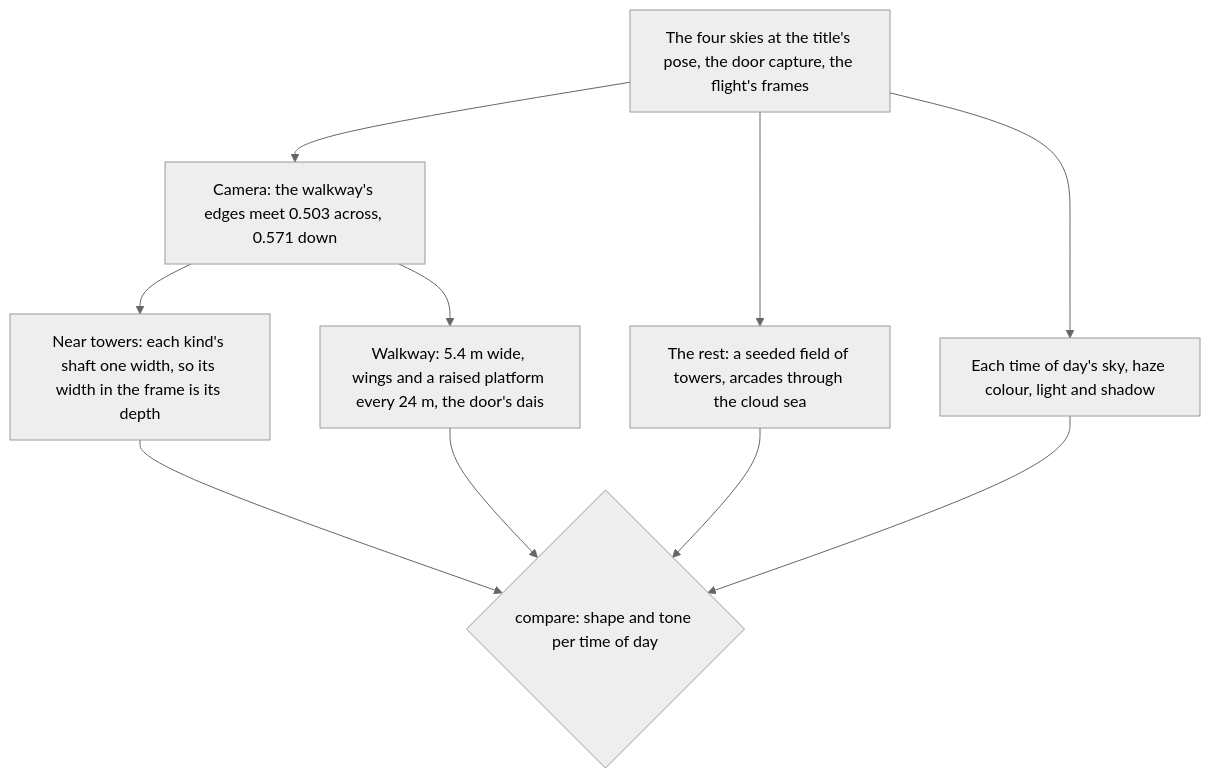
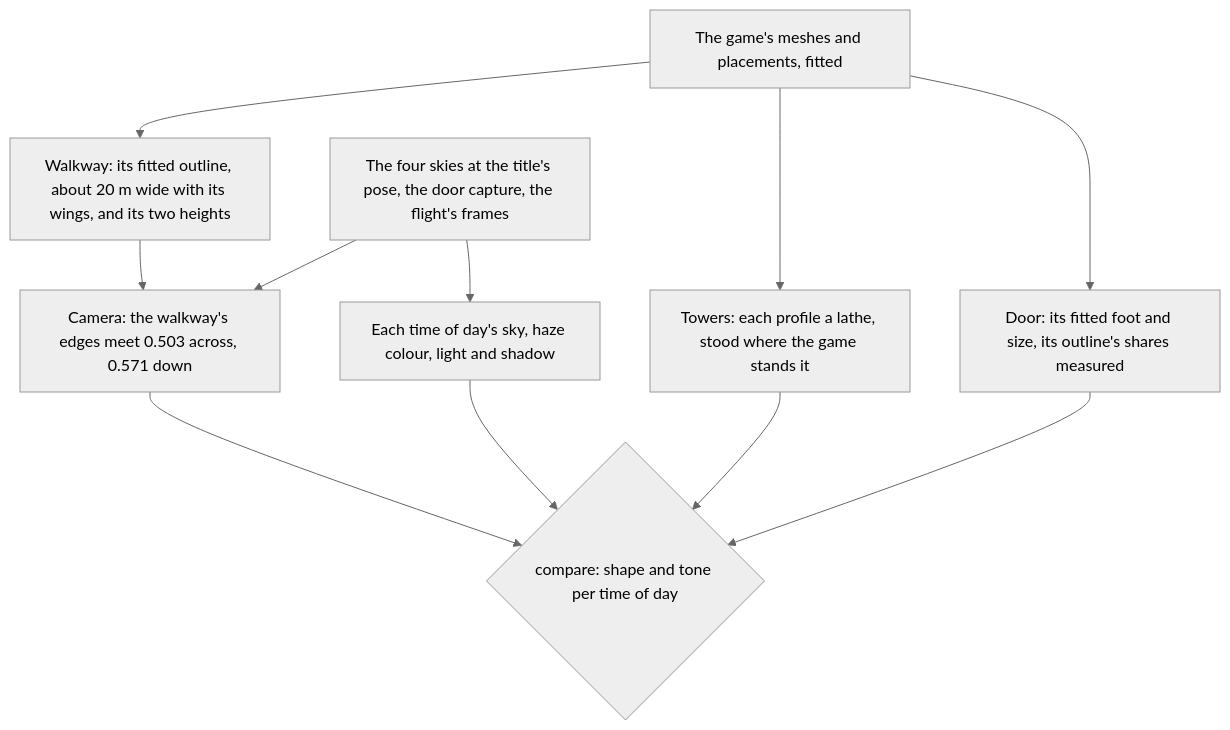
Before and after one commit to Esposter/Esposter: the second of 2 diagrams in apps/web/content/docs/genshin/login-screen.md, drawn with Mermaid (neutral theme). The commit also changed other lines of this file, not shown here.

First line of the commit message:
docs(genshin): the login page describes the fitted scene

````diff
--- a/apps/web/content/docs/genshin/login-screen.md
+++ b/apps/web/content/docs/genshin/login-screen.md
@@ -29,12 +29,13 @@
 ```mermaid
 flowchart TD
+  FIT[The game's meshes and placements, fitted] --> WALK[Walkway: its fitted outline, about 20 m wide with its wings, and its two heights]
+  FIT --> TOWERS[Towers: each profile a lathe, stood where the game stands it]
+  FIT --> DOOR[Door: its fitted foot and size, its outline's shares measured]
   REF[The four skies at the title's pose, the door capture, the flight's frames] --> CAM[Camera: the walkway's edges meet 0.503 across, 0.571 down]
-  CAM --> NEAR[Near towers: each kind's shaft one width, so its width in the frame is its depth]
-  CAM --> WALK[Walkway: 5.4 m wide, wings and a raised platform every 24 m, the door's dais]
-  REF --> FIELD[The rest: a seeded field of towers, arcades through the cloud sea]
+  WALK --> CAM
   REF --> SKY[Each time of day's sky, haze colour, light and shadow]
-  NEAR --> SCORE{compare: shape and tone per time of day}
-  WALK --> SCORE
-  FIELD --> SCORE
+  CAM --> SCORE{compare: shape and tone per time of day}
+  TOWERS --> SCORE
+  DOOR --> SCORE
   SKY --> SCORE
 ```
````
